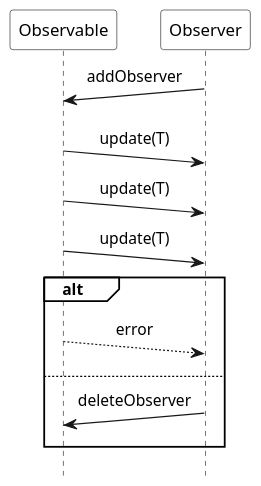
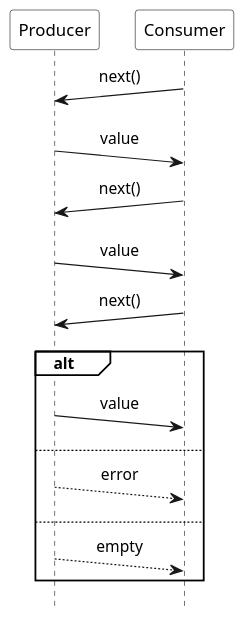
Before and after one commit to ti-cortex-m4/demo-java-reactive-streams-old: the diagram in images/pattern_Iterator.puml, drawn with PlantUML. The commit also changed 4 other files, not shown here.

```diff
--- a/images/pattern_Iterator.puml
+++ b/images/pattern_Iterator.puml
@@ -1,31 +1,34 @@
 @startuml
 
 scale 1.2
 hide footbox
 
 !pragma teoz true
 
 skinparam monochrome true
 skinparam defaultFontName Source Sans Pro
 skinparam sequenceMessageAlign center
 skinparam participantBackgroundColor #white
 skinparam noteBackgroundColor #white
 skinparam sequenceGroupBackgroundColor #white
 skinparam participantPadding 10
 
-participant Observable
-participant Observer
+participant Producer
+participant Consumer
 
-Observer ->(10) Observable : addObserver
+Consumer ->(10) Producer : next()
+Producer ->(10) Consumer : value
 
-Observable ->(10) Observer : update(T)
-Observable ->(10) Observer : update(T)
-Observable ->(10) Observer : update(T)
+Consumer ->(10) Producer : next()
+Producer ->(10) Consumer : value
 
+Consumer ->(10) Producer : next()
 alt
-    Observable -->(10) Observer : error
+Producer ->(10) Consumer : value
 else
-    Observer ->(10) Observable : deleteObserver
+Producer -->(10) Consumer : error
+else
+Producer -->(10) Consumer : empty
 end
 
 @enduml
```
